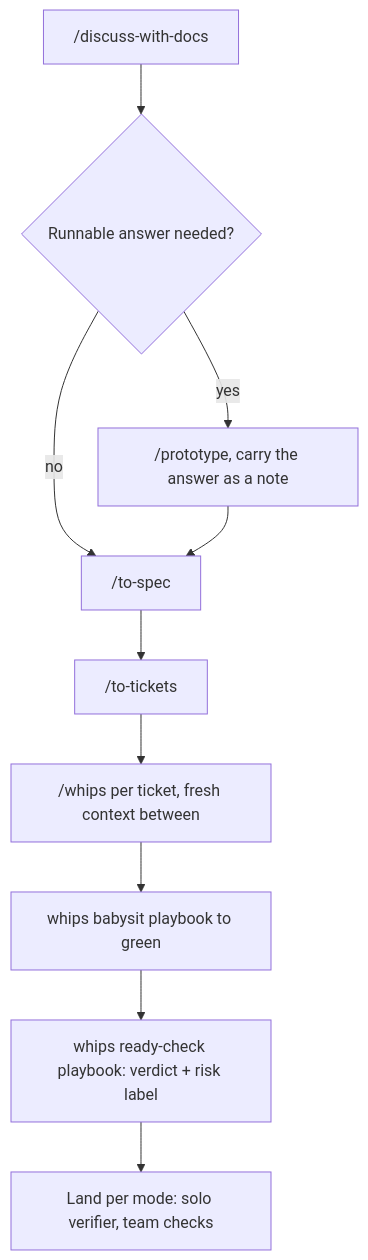
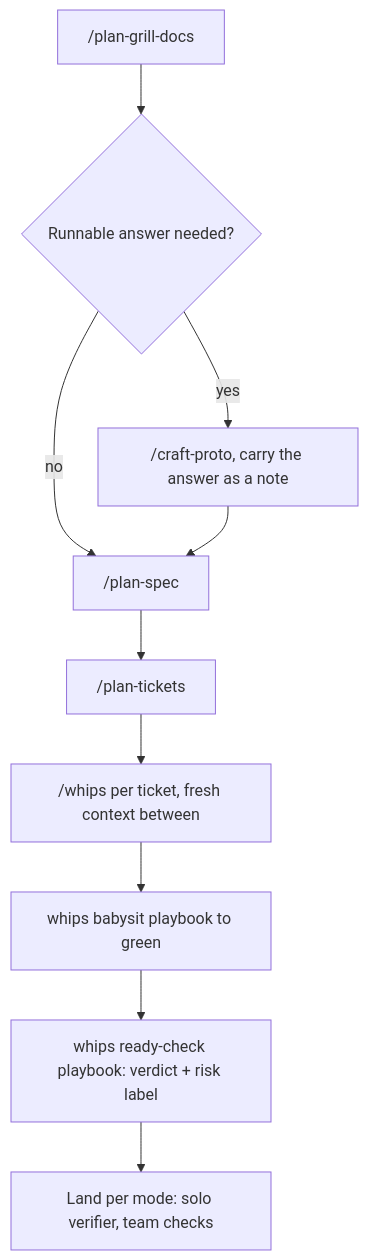
The third of 10 diagrams in skills/user-invoked/guide/COOKBOOK.md (TudeOrangBiasa/skills-for-agents), drawn with Mermaid before and after one commit. The commit also changed other lines of this file and 441 other files, not shown here.

````diff
--- a/skills/user-invoked/guide/COOKBOOK.md
+++ b/skills/user-invoked/guide/COOKBOOK.md
@@ -46,9 +46,9 @@
 ```mermaid
 flowchart TD
-    D["/discuss-with-docs"] --> Q{"Runnable answer needed?"}
-    Q -->|yes| P["/prototype, carry the answer as a note"]
-    Q -->|no| S["/to-spec"]
+    D["/plan-grill-docs"] --> Q{"Runnable answer needed?"}
+    Q -->|yes| P["/craft-proto, carry the answer as a note"]
+    Q -->|no| S["/plan-spec"]
     P --> S
-    S --> T["/to-tickets"] --> W["/whips per ticket, fresh context between"]
+    S --> T["/plan-tickets"] --> W["/whips per ticket, fresh context between"]
     W --> B["whips babysit playbook to green"] --> R["whips ready-check playbook: verdict + risk label"] --> M["Land per mode: solo verifier, team checks"]
 ```
````
